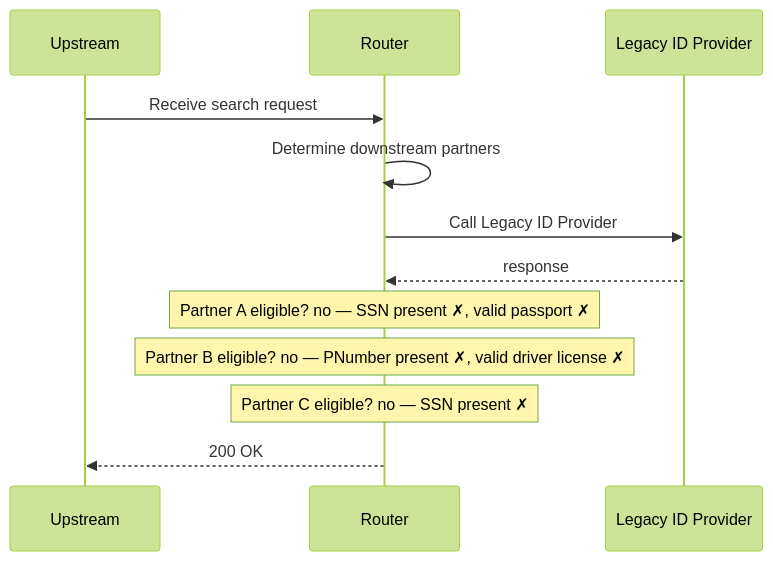
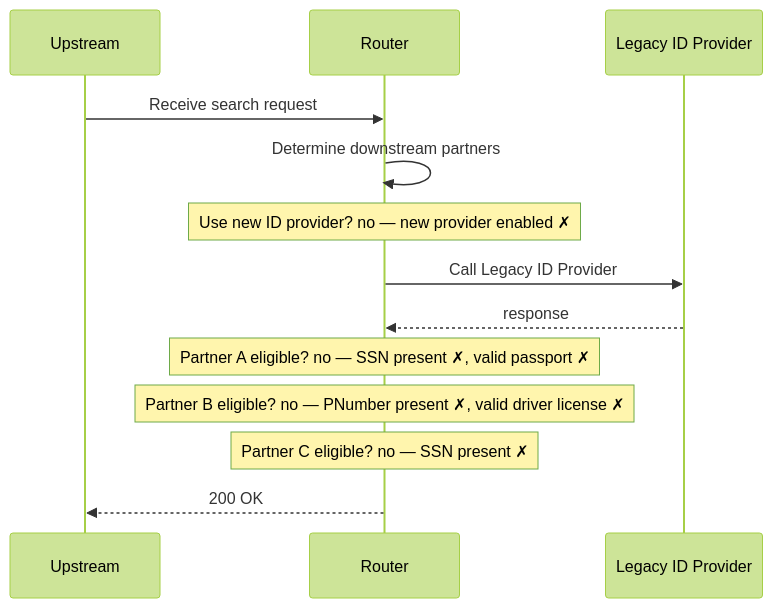
One commit to jwdomes/automockit changed the diagram in main-app/docs/flows/no-partners.mmd. Above: the diagram before and after it, drawn with Mermaid (forest theme). The commit also changed 44 other files, not shown here.

First line of the commit message:
Add @FlowBranch for inline if/else branches

```diff
--- a/main-app/docs/flows/no-partners.mmd
+++ b/main-app/docs/flows/no-partners.mmd
@@ -1,13 +1,14 @@
 sequenceDiagram
     %% No SSN and no PNumber: no partner is called
     participant UPSTREAM as Upstream
     participant ROUTER as Router
     participant LEGACY_ID_PROVIDER as Legacy ID Provider
     UPSTREAM->>ROUTER: Receive search request
     ROUTER->>ROUTER: Determine downstream partners
+    Note over ROUTER: Use new ID provider? no — new provider enabled ✗
     ROUTER->>LEGACY_ID_PROVIDER: Call Legacy ID Provider
     LEGACY_ID_PROVIDER-->>ROUTER: response
     Note over ROUTER: Partner A eligible? no — SSN present ✗, valid passport ✗
     Note over ROUTER: Partner B eligible? no — PNumber present ✗, valid driver license ✗
     Note over ROUTER: Partner C eligible? no — SSN present ✗
     ROUTER-->>UPSTREAM: 200 OK
```
